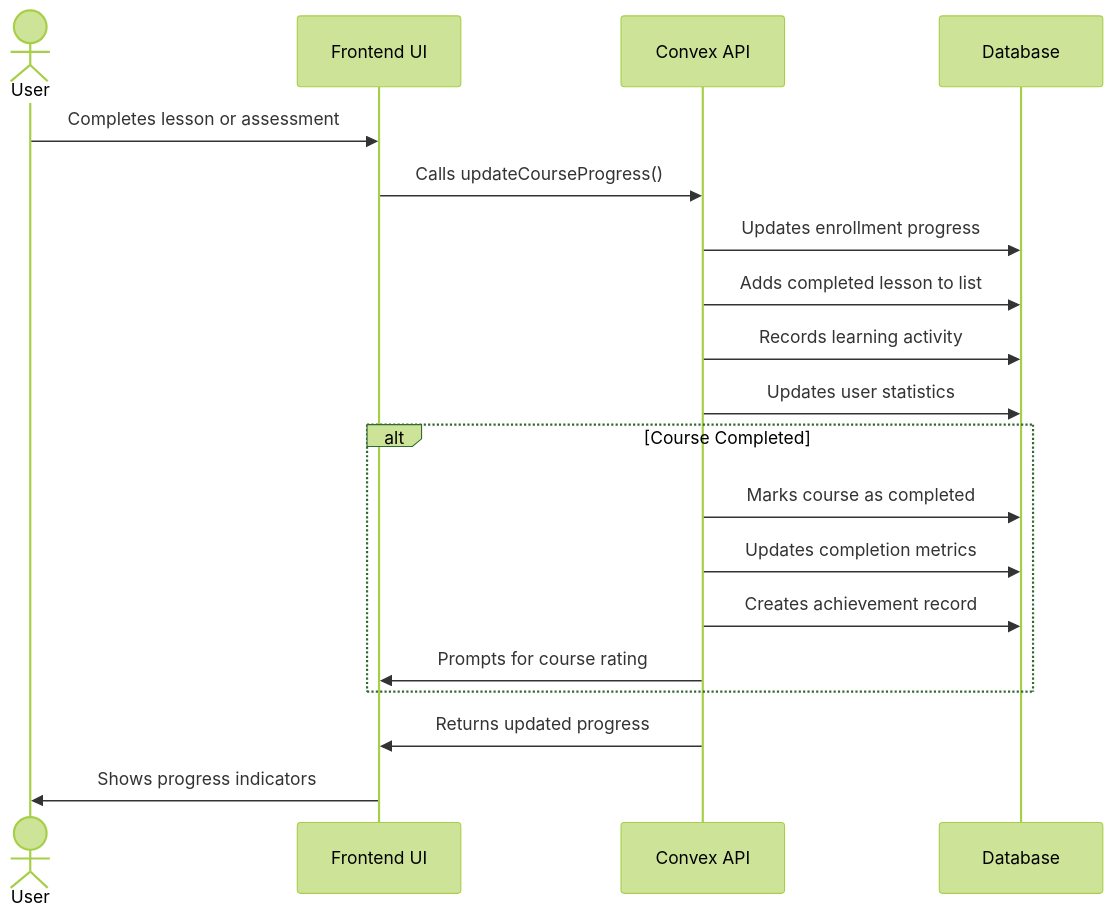
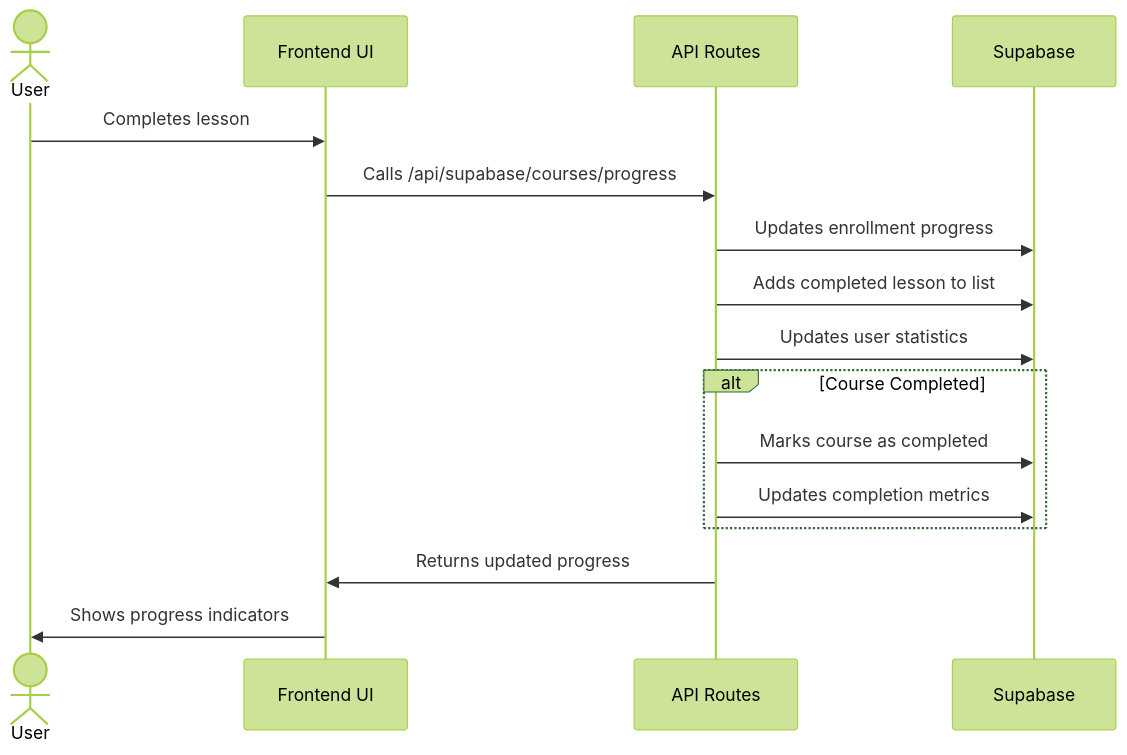
Before and after one commit to codeKobby/tenzzen-app: the fourth of 6 diagrams in docs/DATABASE_ARCHITECTURE.md, drawn with Mermaid (forest theme). The commit also changed other lines of this file and 55 other files, not shown here.

````diff
--- a/docs/DATABASE_ARCHITECTURE.md
+++ b/docs/DATABASE_ARCHITECTURE.md
@@ -401,24 +156,21 @@
 ```mermaid
 sequenceDiagram
     actor User
     participant UI as Frontend UI
-    participant API as Convex API
-    participant DB as Database
+    participant API as API Routes
+    participant DB as Supabase
 
-    User->>UI: Completes lesson or assessment
-    UI->>API: Calls updateCourseProgress()
+    User->>UI: Completes lesson
+    UI->>API: Calls /api/supabase/courses/progress
     API->>DB: Updates enrollment progress
     API->>DB: Adds completed lesson to list
-    API->>DB: Records learning activity
     API->>DB: Updates user statistics
 
     alt Course Completed
         API->>DB: Marks course as completed
         API->>DB: Updates completion metrics
-        API->>DB: Creates achievement record
-        API->>UI: Prompts for course rating
     end
 
     API->>UI: Returns updated progress
     UI->>User: Shows progress indicators
 ```
````
